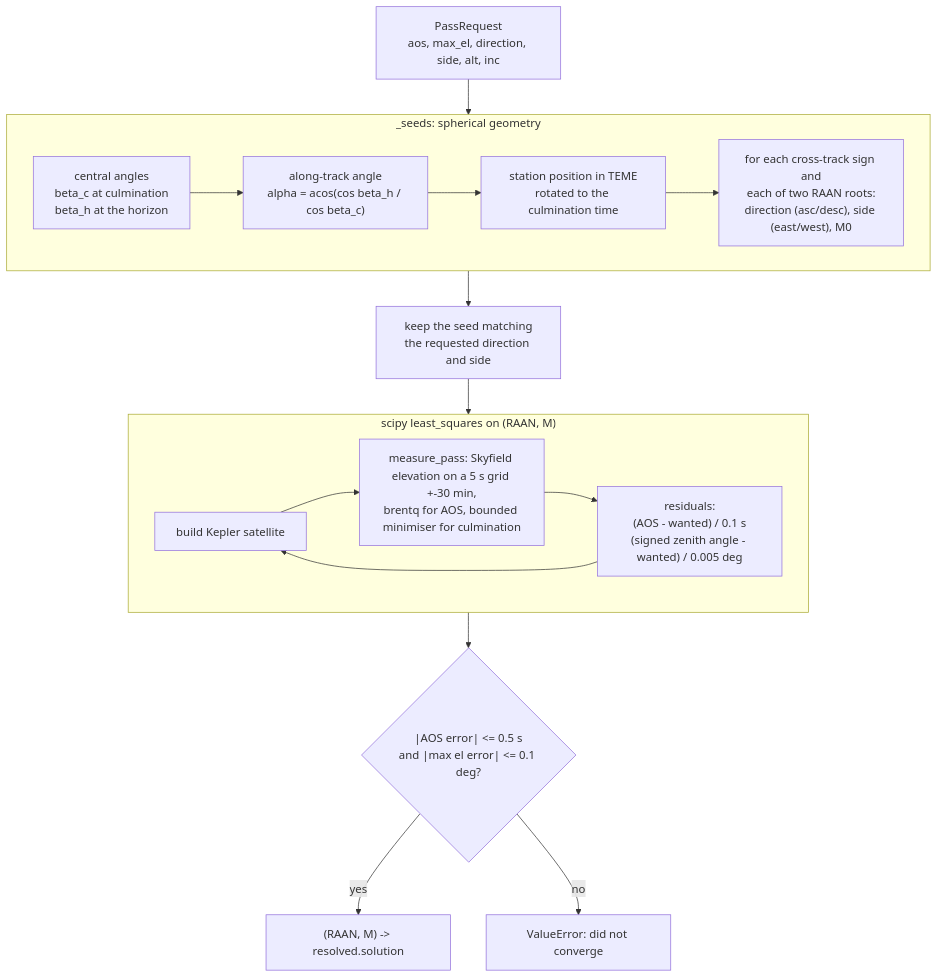
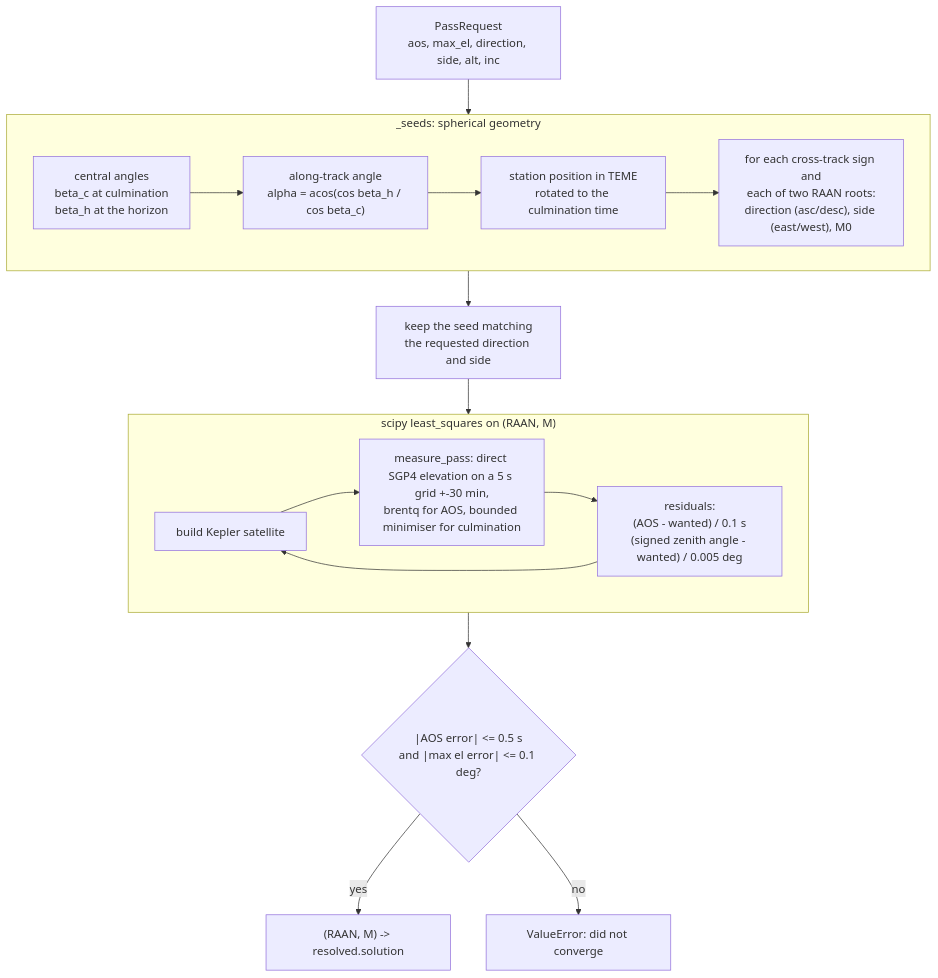
The tenth of 23 diagrams in HOW-IT-WORKS.md (BUSH222/ASSIST), drawn with Mermaid before and after one commit. The commit also changed other lines of this file and 6 other files, not shown here.

````diff
--- a/HOW-IT-WORKS.md
+++ b/HOW-IT-WORKS.md
@@ -1071,22 +1071,22 @@
 ```mermaid
 flowchart TD
     REQ["PassRequest<br/>aos, max_el, direction, side, alt, inc"] --> SEED
     subgraph SEED["_seeds: spherical geometry"]
         S1["central angles<br/>beta_c at culmination<br/>beta_h at the horizon"]
         S2["along-track angle<br/>alpha = acos(cos beta_h / cos beta_c)"]
         S3["station position in TEME<br/>rotated to the culmination time"]
         S4["for each cross-track sign and<br/>each of two RAAN roots:<br/>direction (asc/desc), side (east/west), M0"]
         S1 --> S2 --> S3 --> S4
     end
     SEED --> PICK["keep the seed matching<br/>the requested direction and side"]
     PICK --> LSQ
     subgraph LSQ["scipy least_squares on (RAAN, M)"]
         R1["build Kepler satellite"]
-        R2["measure_pass: Skyfield elevation on a 5 s grid +-30 min,<br/>brentq for AOS, bounded minimiser for culmination"]
+        R2["measure_pass: direct SGP4 elevation on a 5 s grid +-30 min,<br/>brentq for AOS, bounded minimiser for culmination"]
         R3["residuals:<br/>(AOS - wanted) / 0.1 s<br/>(signed zenith angle - wanted) / 0.005 deg"]
         R1 --> R2 --> R3 --> R1
     end
     LSQ --> CHK{"|AOS error| <= 0.5 s<br/>and |max el error| <= 0.1 deg?"}
     CHK -- yes --> OK["(RAAN, M) -> resolved.solution"]
     CHK -- no --> FAIL["ValueError: did not converge"]
 ```
````
